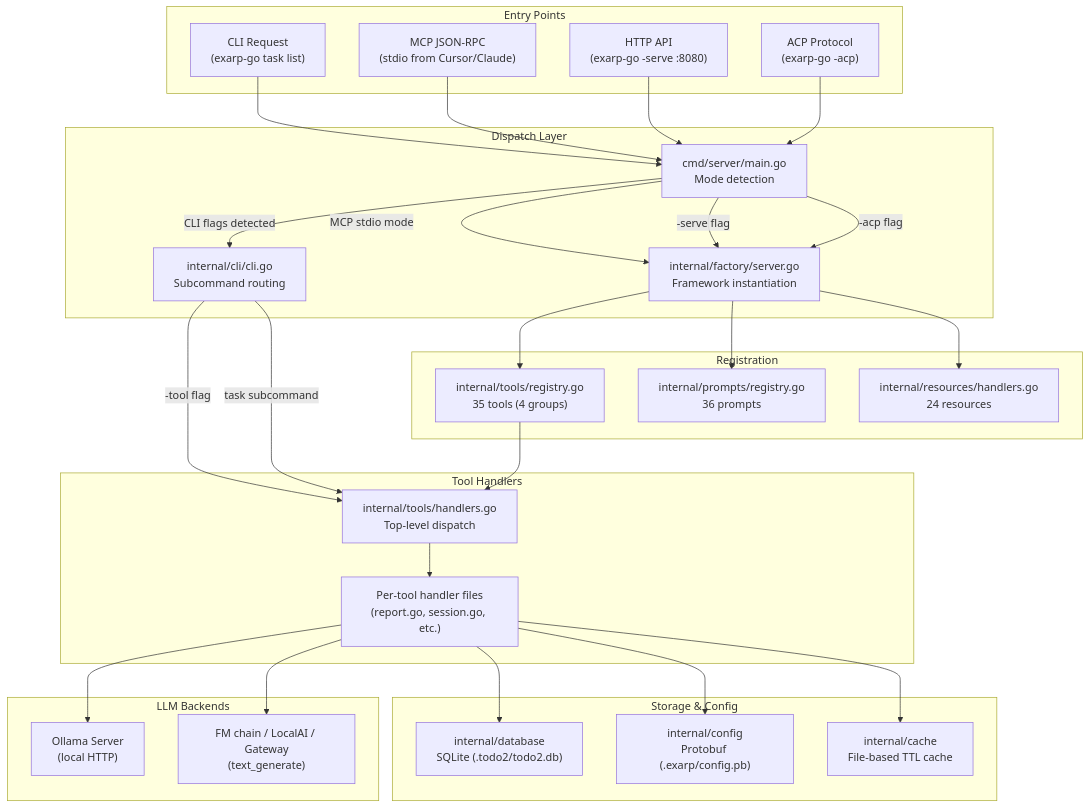
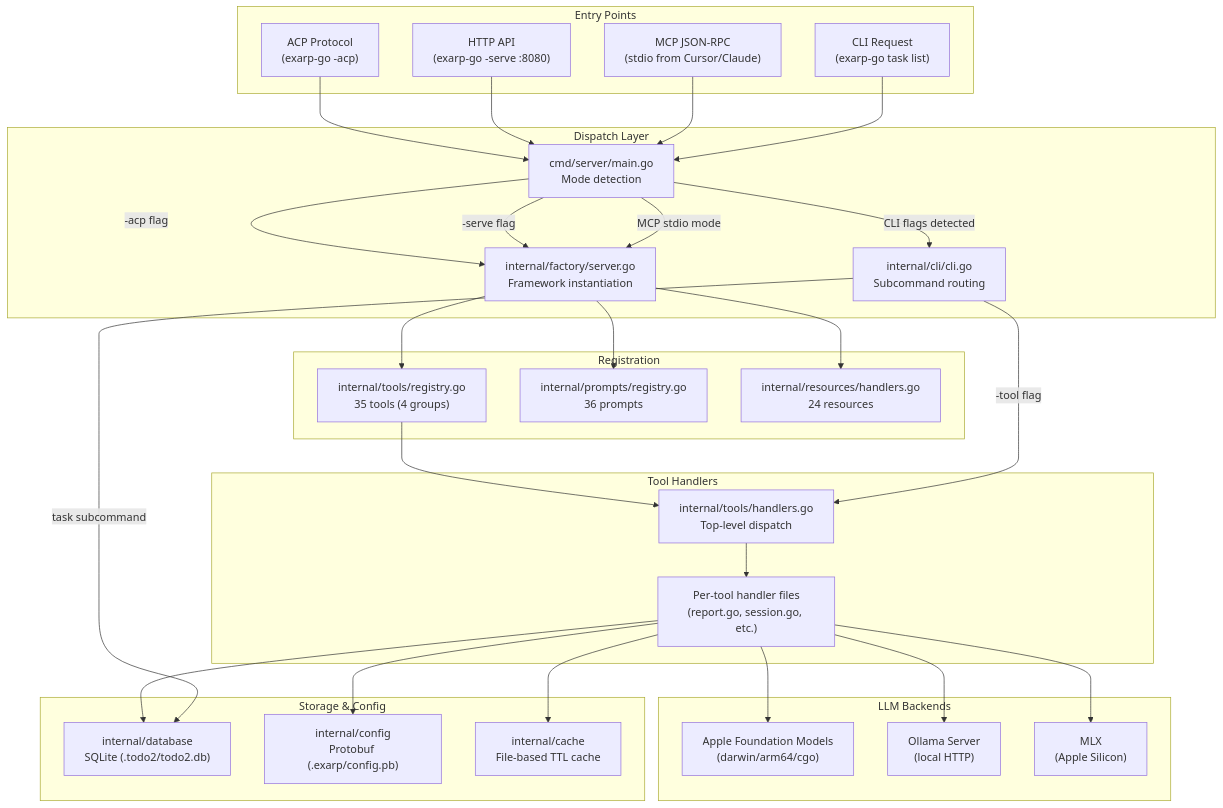
One commit to davidl71/exarp-go changed the diagram in docs/ARCHITECTURE.md. Above: the diagram before and after it, drawn with Mermaid. The commit also changed other lines of this file and 215 other files, not shown here.

````diff
--- a/docs/ARCHITECTURE.md
+++ b/docs/ARCHITECTURE.md
@@ -40,62 +38,64 @@
 ```mermaid
 flowchart TD
     subgraph Entry["Entry Points"]
         CLI["CLI Request<br/>(exarp-go task list)"]
         MCP["MCP JSON-RPC<br/>(stdio from Cursor/Claude)"]
         HTTP["HTTP API<br/>(exarp-go -serve :8080)"]
         ACP_IN["ACP Protocol<br/>(exarp-go -acp)"]
     end
 
     subgraph Dispatch["Dispatch Layer"]
         MAIN["cmd/server/main.go<br/>Mode detection"]
         CLI_DISPATCH["internal/cli/cli.go<br/>Subcommand routing"]
         FACTORY["internal/factory/server.go<br/>Framework instantiation"]
     end
 
     subgraph Registration["Registration"]
         TOOLS_REG["internal/tools/registry.go<br/>35 tools (4 groups)"]
         PROMPTS_REG["internal/prompts/registry.go<br/>36 prompts"]
         RESOURCES_REG["internal/resources/handlers.go<br/>24 resources"]
     end
 
     subgraph Handlers["Tool Handlers"]
         HANDLERS["internal/tools/handlers.go<br/>Top-level dispatch"]
         TOOL_IMPL["Per-tool handler files<br/>(report.go, session.go, etc.)"]
     end
 
     subgraph Storage["Storage & Config"]
         DB["internal/database<br/>SQLite (.todo2/todo2.db)"]
         CONFIG["internal/config<br/>Protobuf (.exarp/config.pb)"]
         CACHE["internal/cache<br/>File-based TTL cache"]
     end
 
     subgraph LLM["LLM Backends"]
+        FM["Apple Foundation Models<br/>(darwin/arm64/cgo)"]
         OLLAMA["Ollama Server<br/>(local HTTP)"]
-        FMCHAIN["FM chain / LocalAI / Gateway<br/>(text_generate)"]
+        MLX["MLX<br/>(Apple Silicon)"]
     end
 
     CLI --> MAIN
     MCP --> MAIN
     HTTP --> MAIN
     ACP_IN --> MAIN
 
     MAIN -->|"CLI flags detected"| CLI_DISPATCH
     MAIN -->|"MCP stdio mode"| FACTORY
     MAIN -->|"-serve flag"| FACTORY
     MAIN -->|"-acp flag"| FACTORY
 
     FACTORY --> TOOLS_REG
     FACTORY --> PROMPTS_REG
     FACTORY --> RESOURCES_REG
 
     CLI_DISPATCH -->|"-tool flag"| HANDLERS
-    CLI_DISPATCH -->|"task subcommand"| HANDLERS
+    CLI_DISPATCH -->|"task subcommand"| DB
     TOOLS_REG --> HANDLERS
     HANDLERS --> TOOL_IMPL
 
     TOOL_IMPL --> DB
     TOOL_IMPL --> CONFIG
     TOOL_IMPL --> CACHE
+    TOOL_IMPL --> FM
     TOOL_IMPL --> OLLAMA
-    TOOL_IMPL --> FMCHAIN
+    TOOL_IMPL --> MLX
 ```
````
